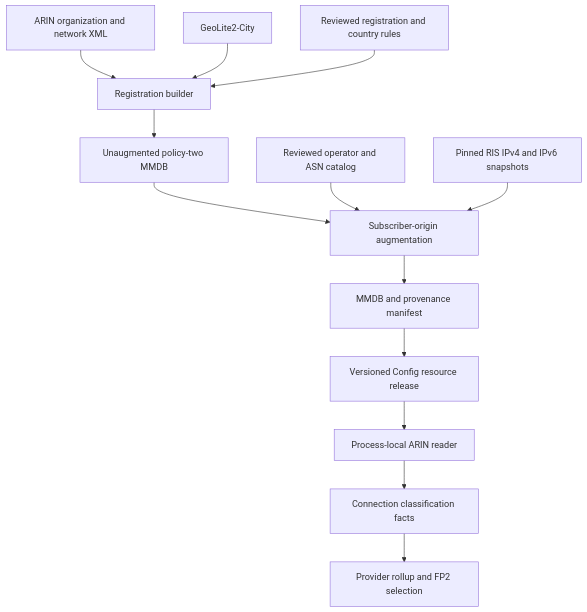
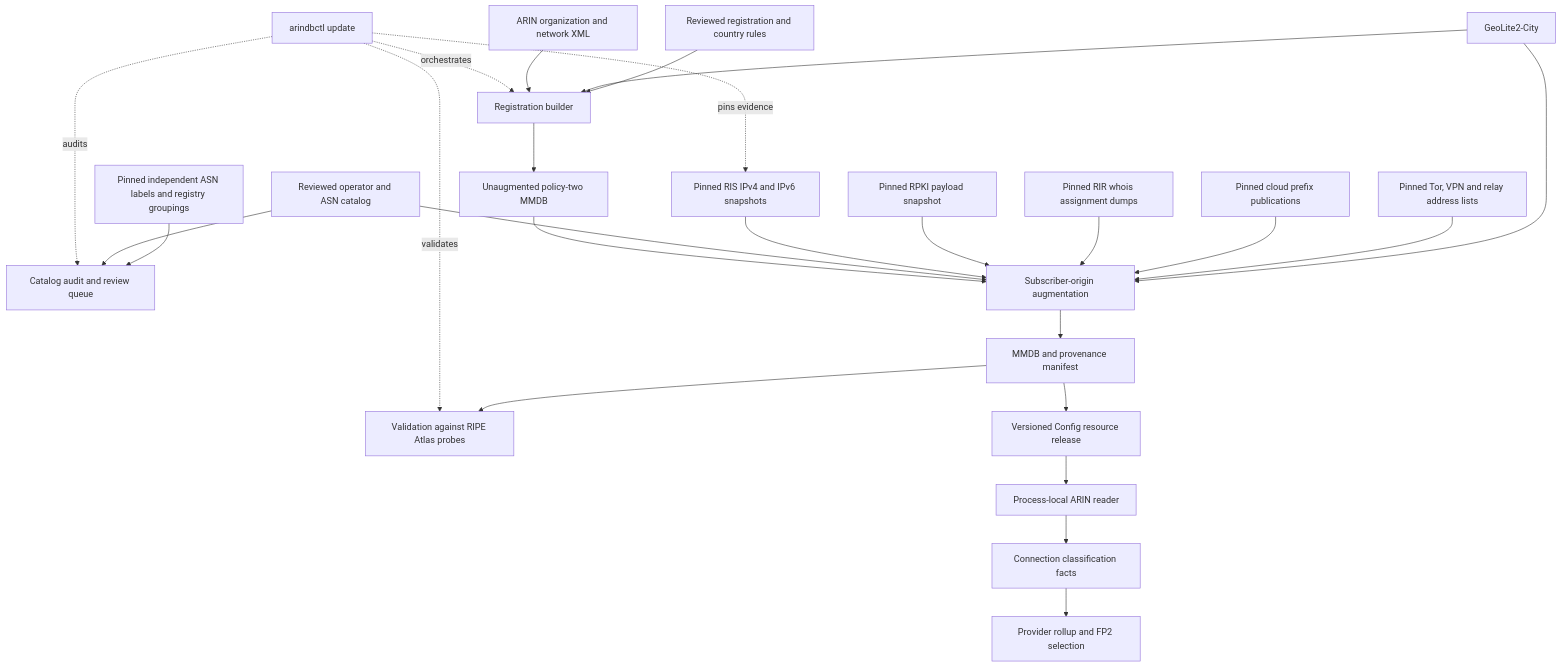
One commit to urnetwork/server changed the diagram in arindbctl/ARINDB.md. Above: the diagram before and after it, drawn with Mermaid. The commit also changed other lines of this file and 18 other files, not shown here.

First line of the commit message:
Add registry-assignment withholding, VPN lists, label ground truth, Atlas validation and arindbctl update

````diff
--- a/arindbctl/ARINDB.md
+++ b/arindbctl/ARINDB.md
@@ -27,15 +32,27 @@
 ```mermaid
 flowchart TD
+    U[arindbctl update] -.orchestrates.-> D
+    U -.pins evidence.-> G
+    U -.audits.-> P
+    U -.validates.-> V
     A[ARIN organization and network XML] --> D[Registration builder]
     B[GeoLite2-City] --> D
     C[Reviewed registration and country rules] --> D
     D --> E[Unaugmented policy-two MMDB]
     E --> H[Subscriber-origin augmentation]
     F[Reviewed operator and ASN catalog] --> H
     G[Pinned RIS IPv4 and IPv6 snapshots] --> H
+    N[Pinned RPKI payload snapshot] --> H
+    R[Pinned RIR whois assignment dumps] --> H
+    Q[Pinned cloud prefix publications] --> H
+    O[Pinned Tor, VPN and relay address lists] --> H
+    B --> H
+    F --> P[Catalog audit and review queue]
+    S[Pinned independent ASN labels and registry groupings] --> P
     H --> I[MMDB and provenance manifest]
+    I --> V[Validation against RIPE Atlas probes]
     I --> J[Versioned Config resource release]
     J --> K[Process-local ARIN reader]
     K --> L[Connection classification facts]
     L --> M[Provider rollup and FP2 selection]
 ```
````
